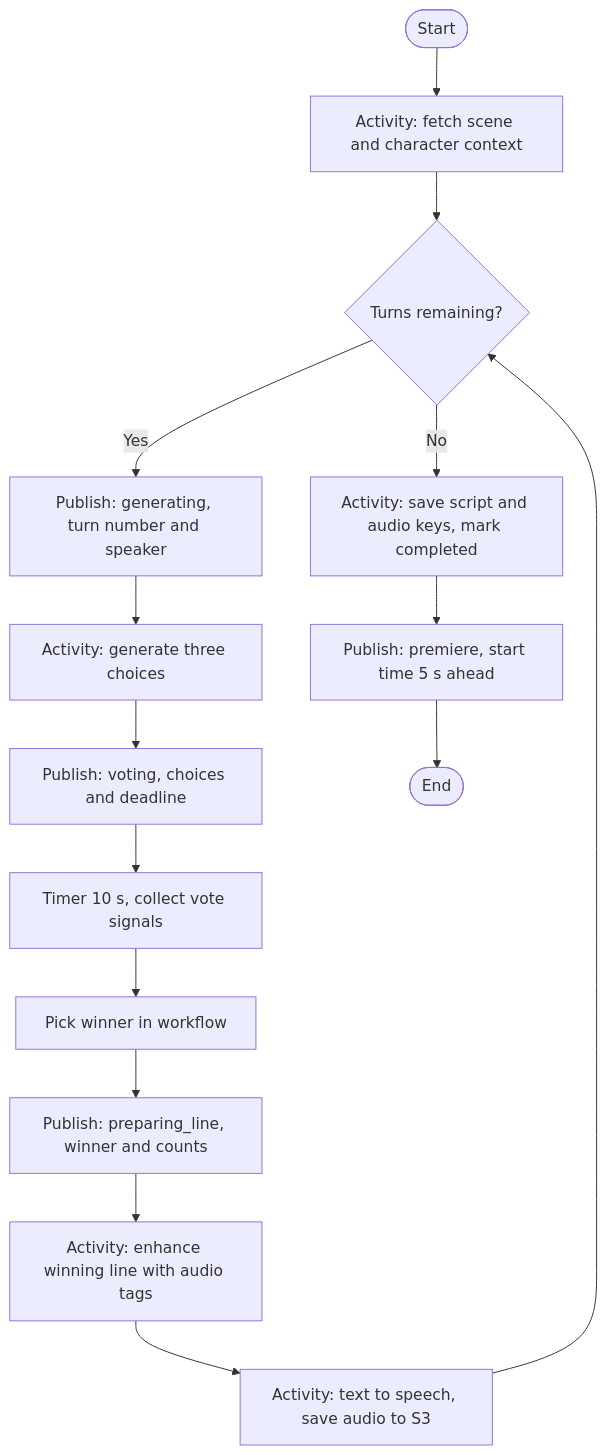
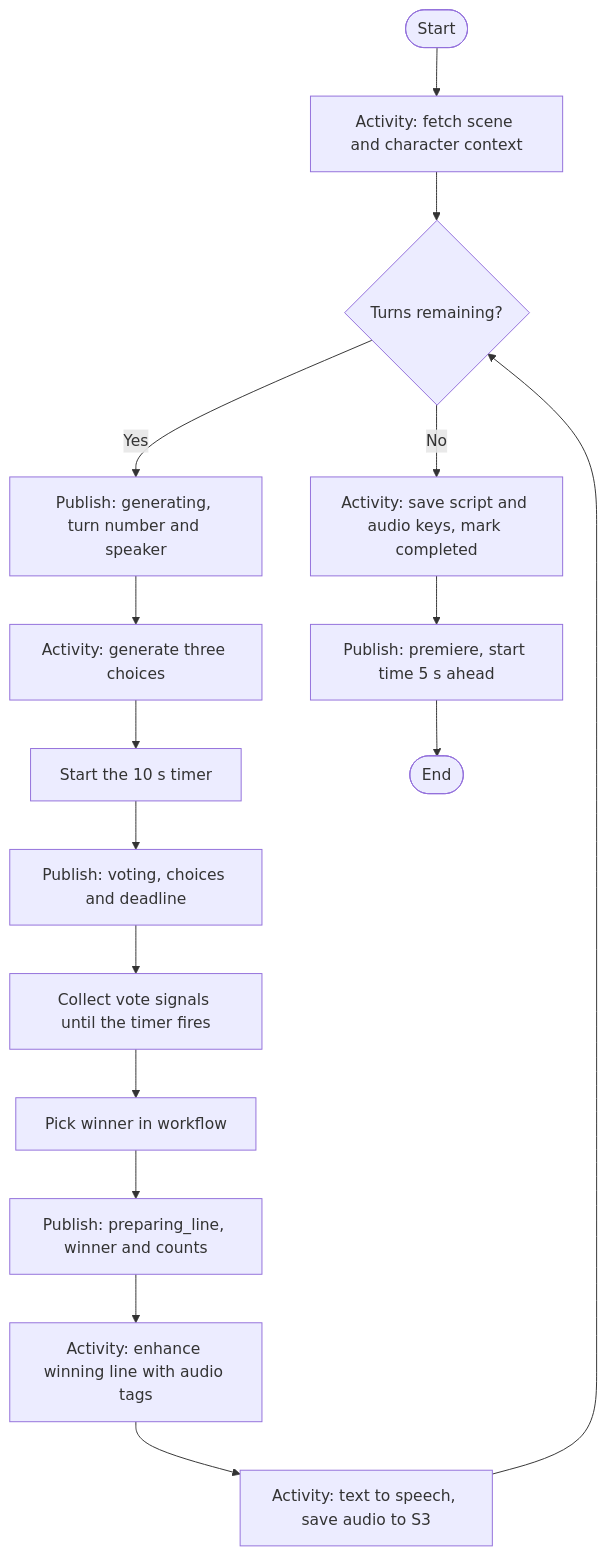
One commit to conghan-tay/MonsterTheatre_01 changed the second of 3 diagrams in docs/system-design.md. Above: the diagram before and after it, drawn with Mermaid. The commit also changed other lines of this file and 4 other files, not shown here.

````diff
--- a/docs/system-design.md
+++ b/docs/system-design.md
@@ -95,17 +114,18 @@
 ```mermaid
 flowchart TD
     Start([Start]) --> Fetch[Activity: fetch scene and character context]
     Fetch --> Loop{"Turns remaining?"}
     Loop -->|Yes| Turn[Publish: generating, turn number and speaker]
     Turn --> Gen[Activity: generate three choices]
-    Gen --> Open[Publish: voting, choices and deadline]
-    Open --> Wait[Timer 10 s, collect vote signals]
+    Gen --> Timer[Start the 10 s timer]
+    Timer --> Open[Publish: voting, choices and deadline]
+    Open --> Wait[Collect vote signals until the timer fires]
     Wait --> Pick[Pick winner in workflow]
     Pick --> Won[Publish: preparing_line, winner and counts]
     Won --> Tag[Activity: enhance winning line with audio tags]
     Tag --> Speak[Activity: text to speech, save audio to S3]
     Speak --> Loop
     Loop -->|No| Save[Activity: save script and audio keys, mark completed]
     Save --> Prem[Publish: premiere, start time 5 s ahead]
     Prem --> End([End])
 ```
````
